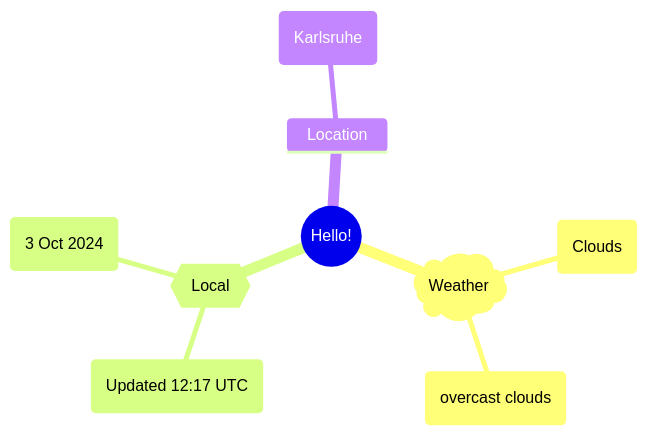
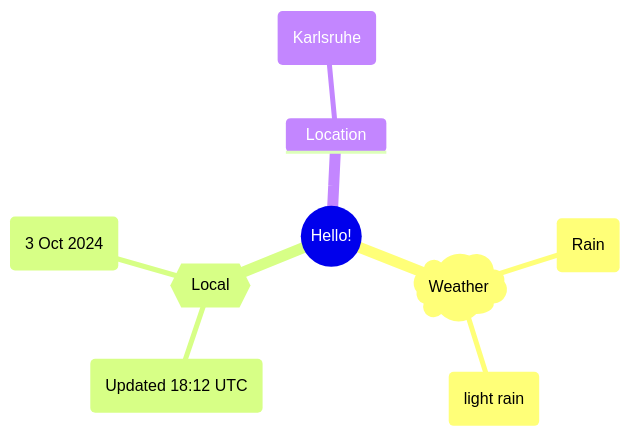
Before and after one commit to Xosrov/Xosrov: the first of 2 diagrams in README.md, drawn with Mermaid.

Commit message:
[bot] updated images

````diff
--- a/README.md
+++ b/README.md
@@ -3,12 +3,12 @@
 ```mermaid
 mindmap
   root((Hello!))
     )Weather(
-        (Clouds)
-        (overcast clouds)
+        (Rain)
+        (light rain)
     {{Local}}
-        (Updated 12:17 UTC)
+        (Updated 18:12 UTC)
         (3 Oct 2024)
     Location
         (Karlsruhe)
 ```
````
